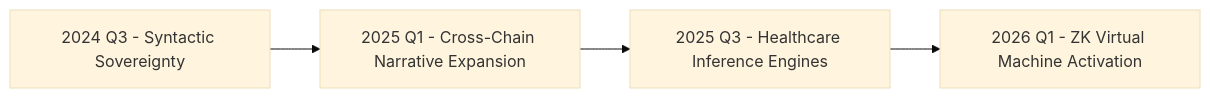
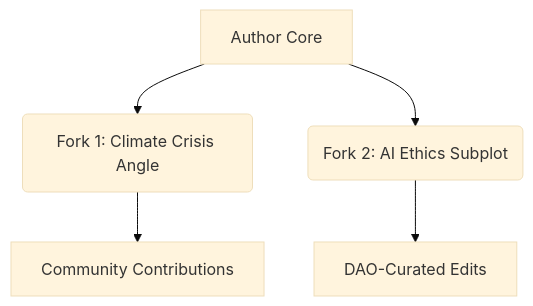
One commit to rolodexter/rolodexter changed the diagram in LITERARY_PRODUCTS/DRAFTS/BACKSTORY/NOTES/REALITY_FICTION.MD. Above: the diagram before and after it, drawn with Mermaid (base theme). The commit also changed other lines of this file and 1 other file, not shown here.

````diff
--- a/LITERARY_PRODUCTS/DRAFTS/BACKSTORY/NOTES/REALITY_FICTION.MD
+++ b/LITERARY_PRODUCTS/DRAFTS/BACKSTORY/NOTES/REALITY_FICTION.MD
@@ -23,6 +11,7 @@
 ```mermaid
-graph LR
-A[2024 Q3 - Syntactic Sovereignty] --> B[2025 Q1 - Cross-Chain Narrative Expansion]
-B --> C[2025 Q3 - Healthcare Inference Engines]
-C --> D[2026 Q1 - ZK Virtual Machine Activation]
+graph TD
+A[Author Core] --> B(Fork 1: Climate Crisis Angle)
+A --> C(Fork 2: AI Ethics Subplot)
+B --> D[Community Contributions]
+C --> E[DAO-Curated Edits]
 ```
````
